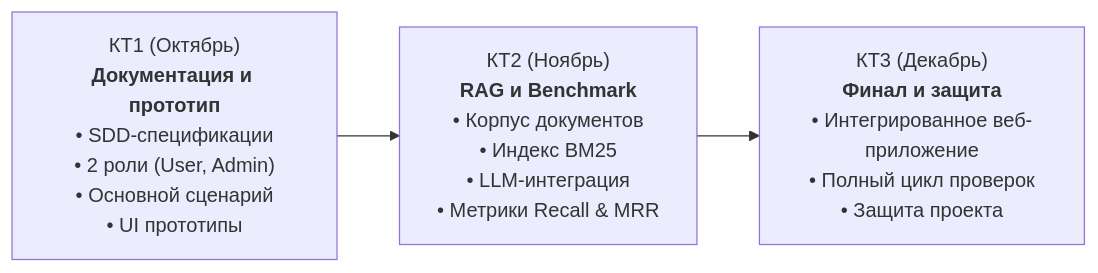
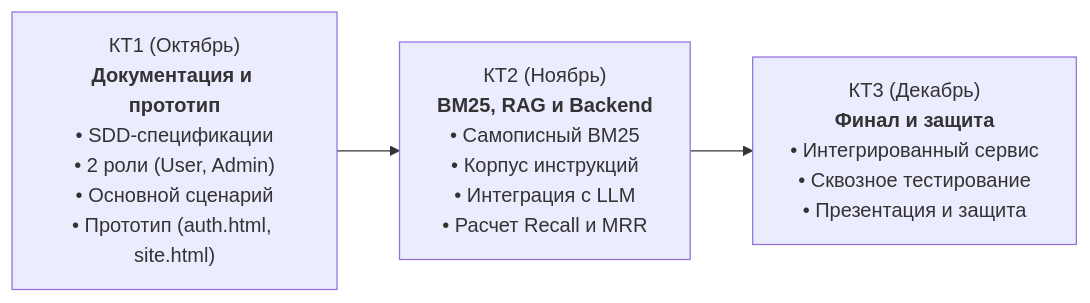
The diagram in project/README.md (JavyBinary/smart-first-aid-kit), drawn with Mermaid before and after one commit. The commit also changed other lines of this file and 17 other files, not shown here.

````diff
--- a/project/README.md
+++ b/project/README.md
@@ -91,5 +89,5 @@
 ```mermaid
 flowchart LR
-    A["КТ1 (Октябрь)<br/><b>Документация и прототип</b><br/>• SDD-спецификации<br/>• 2 роли (User, Admin)<br/>• Основной сценарий<br/>• UI прототипы"] --> B["КТ2 (Ноябрь)<br/><b>RAG и Benchmark</b><br/>• Корпус документов<br/>• Индекс BM25<br/>• LLM-интеграция<br/>• Метрики Recall & MRR"]
-    B --> C["КТ3 (Декабрь)<br/><b>Финал и защита</b><br/>• Интегрированное веб-приложение<br/>• Полный цикл проверок<br/>• Защита проекта"]
+    KT1["КТ1 (Октябрь)<br/><b>Документация и прототип</b><br/>• SDD-спецификации<br/>• 2 роли (User, Admin)<br/>• Основной сценарий<br/>• Прототип (auth.html, site.html)"] --> KT2["КТ2 (Ноябрь)<br/><b>BM25, RAG и Backend</b><br/>• Самописный BM25<br/>• Корпус инструкций<br/>• Интеграция с LLM<br/>• Расчет Recall и MRR"]
+    KT2 --> KT3["КТ3 (Декабрь)<br/><b>Финал и защита</b><br/>• Интегрированный сервис<br/>• Сквозное тестирование<br/>• Презентация и защита"]
 ```
````
